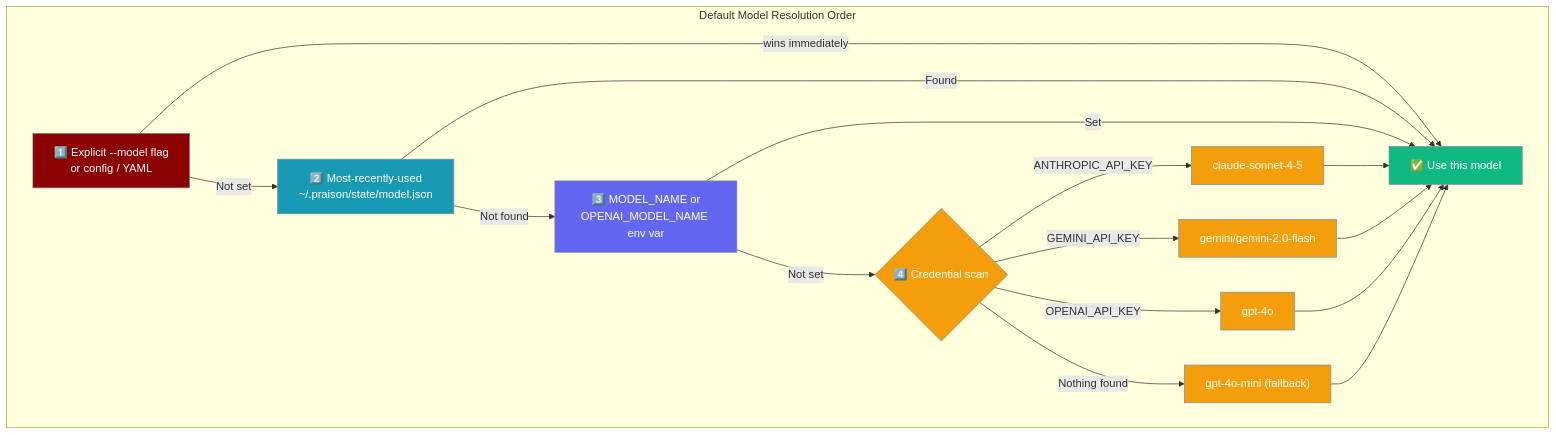
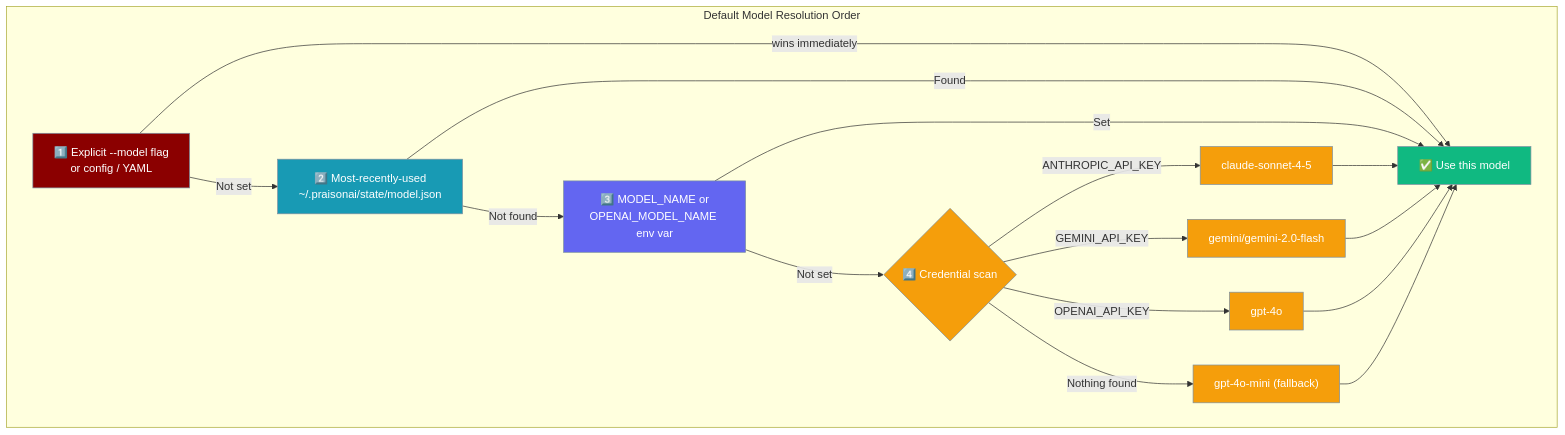
Before and after one commit to MervinPraison/PraisonAIDocs: the fifth of 5 diagrams in docs/features/default-model-selection.mdx, drawn with Mermaid. The commit also changed other lines of this file and 11 other files, not shown here.

````diff
--- a/docs/features/default-model-selection.mdx
+++ b/docs/features/default-model-selection.mdx
@@ -91,31 +91,31 @@
 ```mermaid
 graph TB
     subgraph "Default Model Resolution Order"
         E["1️⃣ Explicit --model flag\nor config / YAML"] -->|"wins immediately"| USE["✅ Use this model"]
-        E -->|Not set| R["2️⃣ Most-recently-used\n~/.praison/state/model.json"]
+        E -->|Not set| R["2️⃣ Most-recently-used\n~/.praisonai/state/model.json"]
         R -->|Found| USE
         R -->|Not found| ENV["3️⃣ MODEL_NAME or\nOPENAI_MODEL_NAME env var"]
         ENV -->|Set| USE
         ENV -->|Not set| CRED{"4️⃣ Credential scan"}
         CRED -->|ANTHROPIC_API_KEY| CL["claude-sonnet-4-5"]
         CRED -->|GEMINI_API_KEY| GM["gemini/gemini-2.0-flash"]
         CRED -->|OPENAI_API_KEY| GP["gpt-4o"]
         CRED -->|Nothing found| FB["gpt-4o-mini (fallback)"]
         CL --> USE
         GM --> USE
         GP --> USE
         FB --> USE
     end
 
     classDef explicit fill:#8B0000,stroke:#7C90A0,color:#fff
     classDef mru fill:#189AB4,stroke:#7C90A0,color:#fff
     classDef env fill:#6366F1,stroke:#7C90A0,color:#fff
     classDef cred fill:#F59E0B,stroke:#7C90A0,color:#fff
     classDef use fill:#10B981,stroke:#7C90A0,color:#fff
 
     class E explicit
     class R mru
     class ENV env
     class CRED,CL,GM,GP,FB cred
     class USE use
 ```
````
